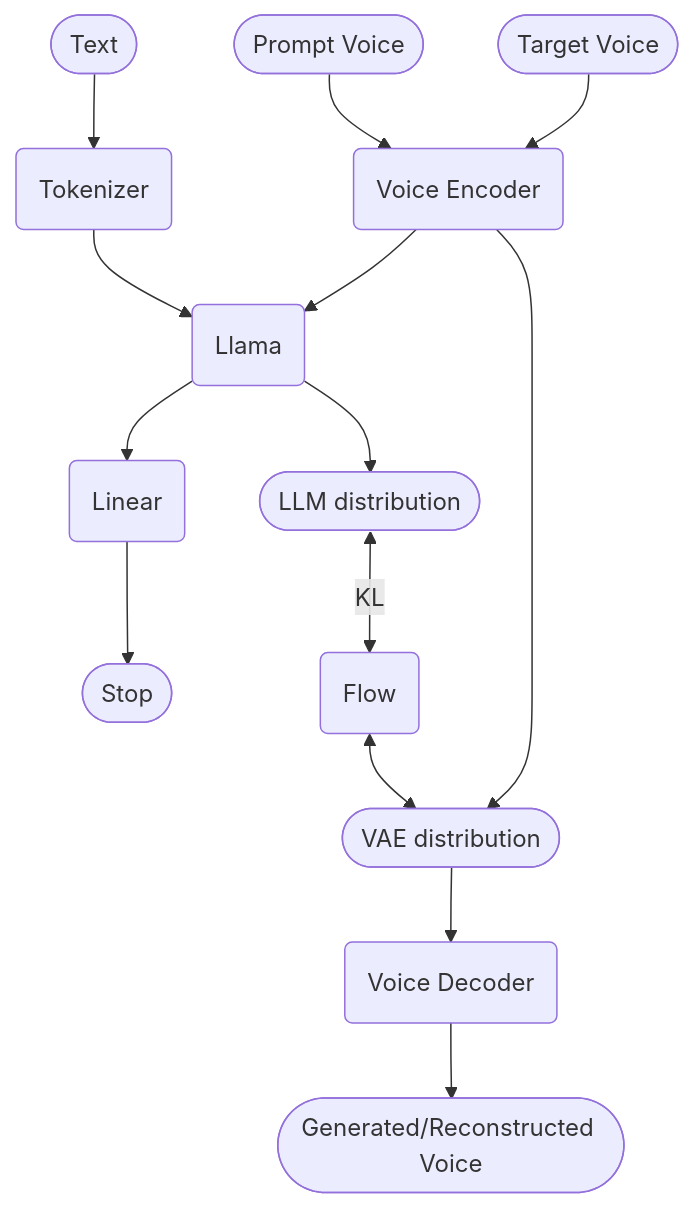
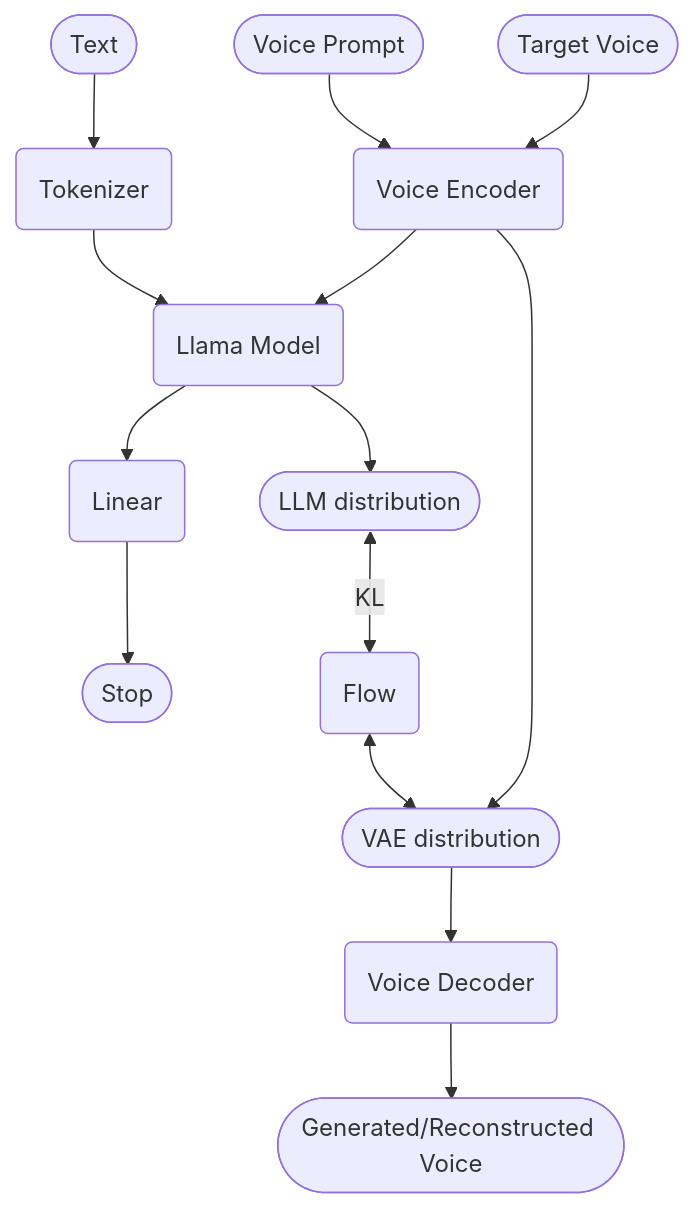
The diagram in README.md (OpenT2S/LlamaVoice), drawn with Mermaid before and after one commit. The commit also changed other lines of this file and 24 other files, not shown here.

````diff
--- a/README.md
+++ b/README.md
@@ -9,12 +9,11 @@
 ```mermaid
 graph TD
     text([Text]) --> bbpe(Tokenizer)
-    bbpe --> model(Llama)
-    Voice_prompt([Prompt Voice]) --> speech_encoder(Voice Encoder) --> model
+    bbpe --> model(Llama Model)
+    Voice_prompt([Voice Prompt]) --> speech_encoder(Voice Encoder) --> model
     model --> linear(Linear) --> stop([Stop])
     model --> dist1([LLM distribution])
-    dist1 <--> | KL| flow(Flow) <--> dist2([VAE distribution])
+    dist1 <--> |KL| flow(Flow) <--> dist2([VAE distribution])
 
-    wav2([Target Voice]) --> speech_encoder --> dist2 --> v(Voice Decoder) --> wav3([Generated/Reconstructed Voice])
-
+    target_wav([Target Voice]) --> speech_encoder --> dist2 --> v(Voice Decoder) --> generated_wav([Generated/Reconstructed Voice])
 ```
````
